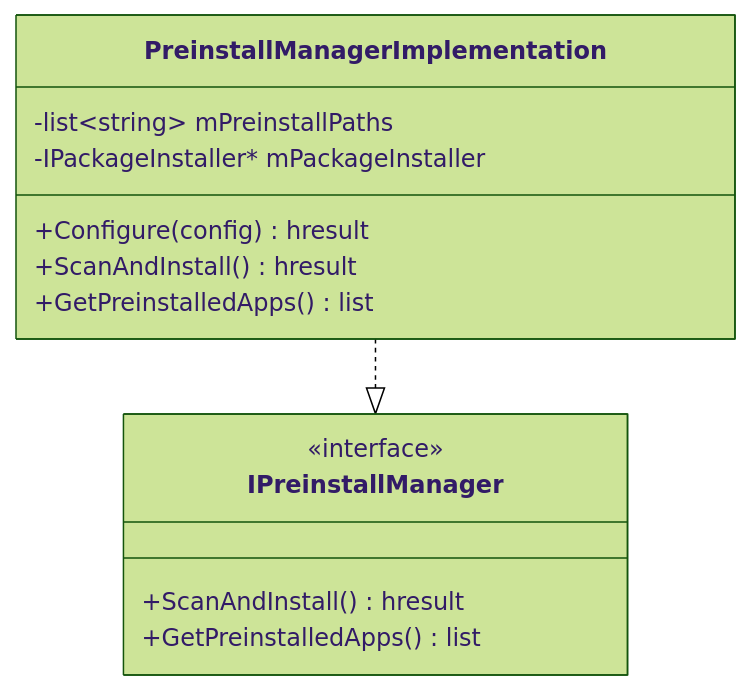
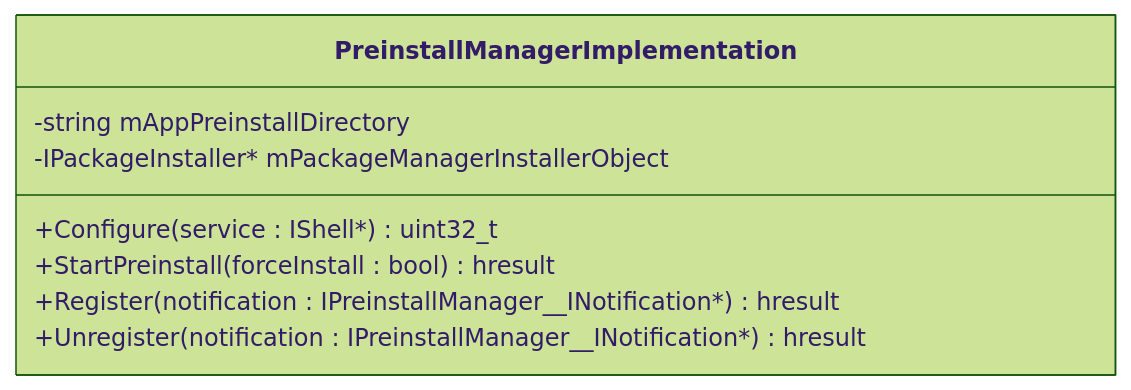
Before and after one commit to rdkcentral/entservices-appmanagers: the second of 4 diagrams in PreinstallManager/PreinstallManager.md, drawn with Mermaid (forest theme). The commit also changed other lines of this file and 7 other files, not shown here.

````diff
--- a/PreinstallManager/PreinstallManager.md
+++ b/PreinstallManager/PreinstallManager.md
@@ -51,18 +51,11 @@
 ```mermaid
 classDiagram
     class PreinstallManagerImplementation {
-        -list~string~ mPreinstallPaths
-        -IPackageInstaller* mPackageInstaller
-        +Configure(config) hresult
-        +ScanAndInstall() hresult
-        +GetPreinstalledApps() list
+        -string mAppPreinstallDirectory
+        -IPackageInstaller* mPackageManagerInstallerObject
+        +Configure(service : IShell*) uint32_t
+        +StartPreinstall(forceInstall : bool) hresult
+        +Register(notification : IPreinstallManager__INotification*) hresult
+        +Unregister(notification : IPreinstallManager__INotification*) hresult
     }
-
-    class IPreinstallManager {
-        <<interface>>
-        +ScanAndInstall() hresult
-        +GetPreinstalledApps() list
-    }
-
-    PreinstallManagerImplementation ..|> IPreinstallManager
 ```
````
